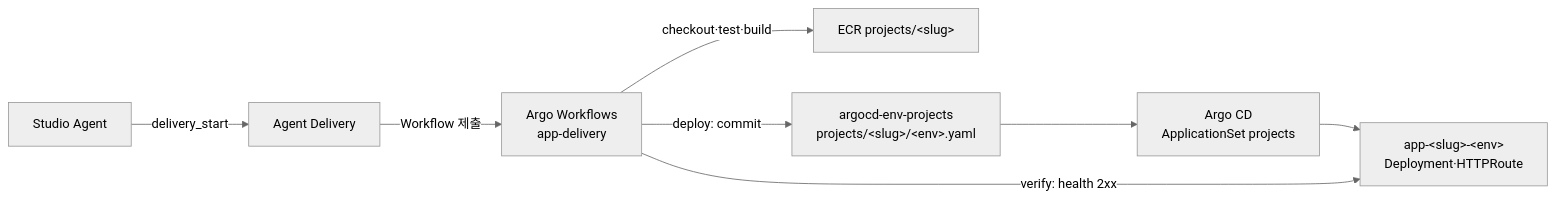
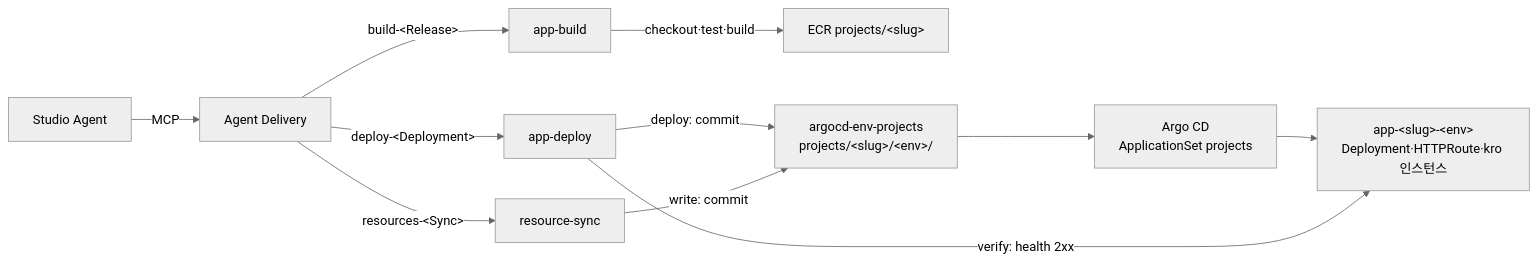
Before and after one commit to opspresso/argocd-env-projects: the diagram in README.md, drawn with Mermaid (neutral theme). The commit also changed other lines of this file and 22 other files, not shown here.

First line of the commit message:
feat: Agent Delivery v2 environment layout and split workflows (#21)

````diff
--- a/README.md
+++ b/README.md
@@ -26,10 +34,13 @@
 ```mermaid
 flowchart LR
-  agent["Studio Agent"] -- "delivery_start" --> delivery["Agent Delivery"]
-  delivery -- "Workflow 제출" --> wf["Argo Workflows<br/>app-delivery"]
-  wf -- "checkout·test·build" --> ecr["ECR projects/&lt;slug&gt;"]
-  wf -- "deploy: commit" --> repo["argocd-env-projects<br/>projects/&lt;slug&gt;/&lt;env&gt;.yaml"]
+  agent["Studio Agent"] -- "MCP" --> delivery["Agent Delivery"]
+  delivery -- "build-&lt;Release&gt;" --> build["app-build"]
+  build -- "checkout·test·build" --> ecr["ECR projects/&lt;slug&gt;"]
+  delivery -- "deploy-&lt;Deployment&gt;" --> deploy["app-deploy"]
+  deploy -- "deploy: commit" --> repo["argocd-env-projects<br/>projects/&lt;slug&gt;/&lt;env&gt;/"]
+  delivery -- "resources-&lt;Sync&gt;" --> sync["resource-sync"]
+  sync -- "write: commit" --> repo
   repo --> argocd["Argo CD<br/>ApplicationSet projects"]
-  argocd --> app["app-&lt;slug&gt;-&lt;env&gt;<br/>Deployment·HTTPRoute"]
-  wf -- "verify: health 2xx" --> app
+  argocd --> app["app-&lt;slug&gt;-&lt;env&gt;<br/>Deployment·HTTPRoute·kro 인스턴스"]
+  deploy -- "verify: health 2xx" --> app
 ```
````
